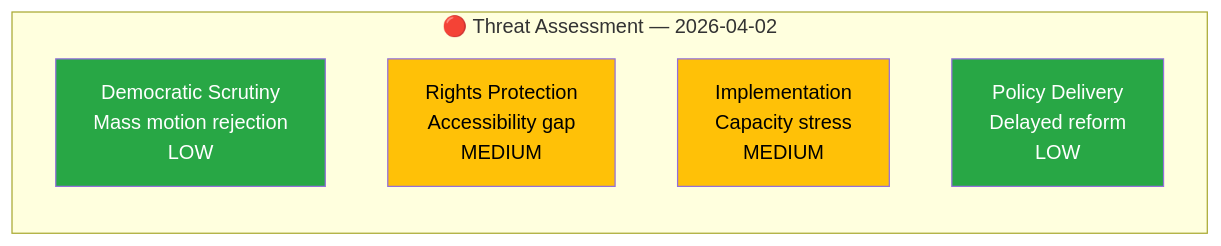
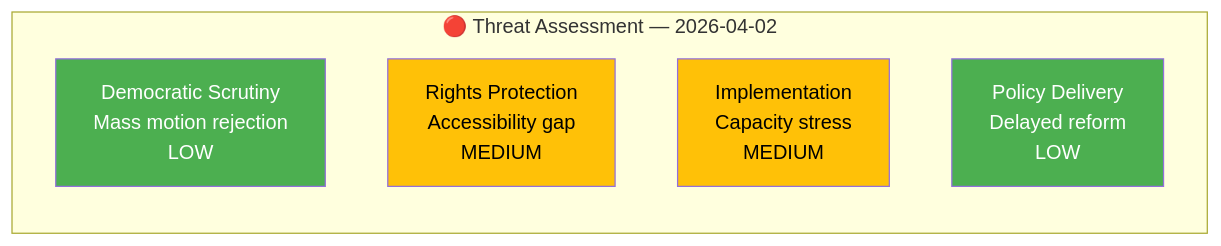
The diagram in analysis/daily/2026-04-03/committeeReports/threat-analysis.md (Hack23/riksdagsmonitor), drawn with Mermaid before and after one commit. The commit also changed 785 other files, not shown here.

First line of the commit message:
Normalize mermaid colors across 786 analysis artifacts to ISMS Style Guide palette

````diff
--- a/analysis/daily/2026-04-03/committeeReports/threat-analysis.md
+++ b/analysis/daily/2026-04-03/committeeReports/threat-analysis.md
@@ -24,14 +24,14 @@
 ```mermaid
 graph LR
     subgraph "🔴 Threat Assessment — 2026-04-02"
         T1["Democratic Scrutiny<br/>Mass motion rejection<br/>LOW"]
         T2["Rights Protection<br/>Accessibility gap<br/>MEDIUM"]
         T3["Implementation<br/>Capacity stress<br/>MEDIUM"]
         T4["Policy Delivery<br/>Delayed reform<br/>LOW"]
     end
 
-    style T1 fill:#28a745,color:#fff
-    style T2 fill:#ffc107,color:#000
-    style T3 fill:#ffc107,color:#000
-    style T4 fill:#28a745,color:#fff
+    style T1 fill:#4CAF50,color:#FFFFFF
+    style T2 fill:#FFC107,color:#000000
+    style T3 fill:#FFC107,color:#000000
+    style T4 fill:#4CAF50,color:#FFFFFF
 ```
````
